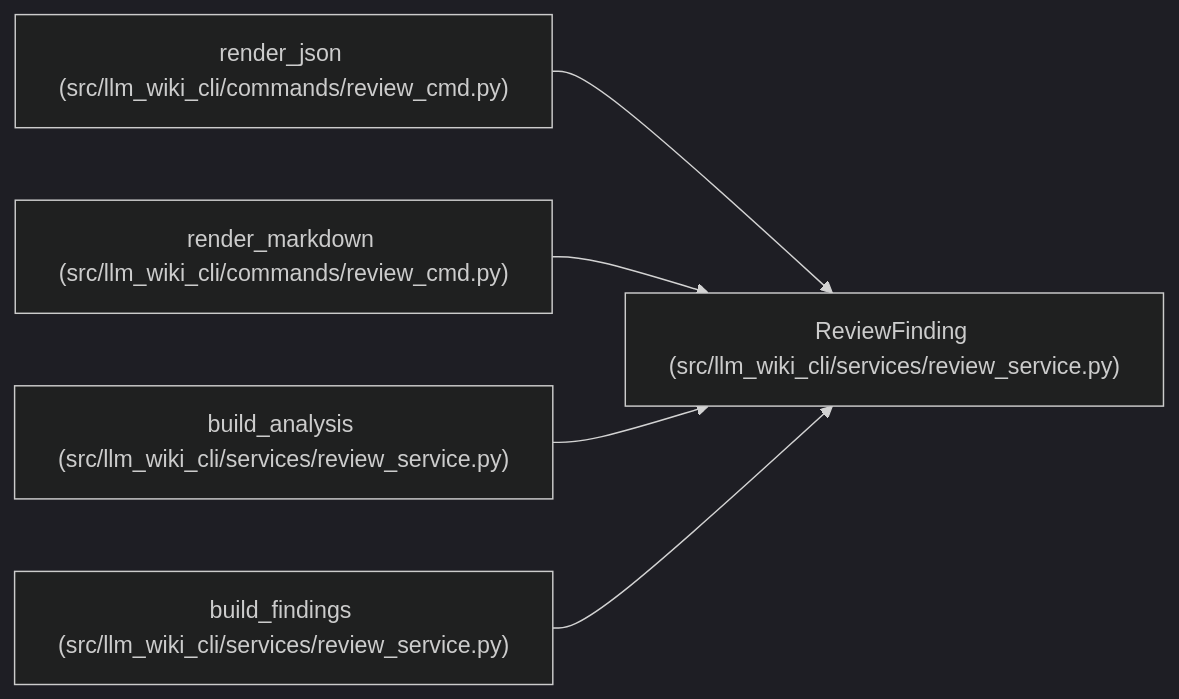
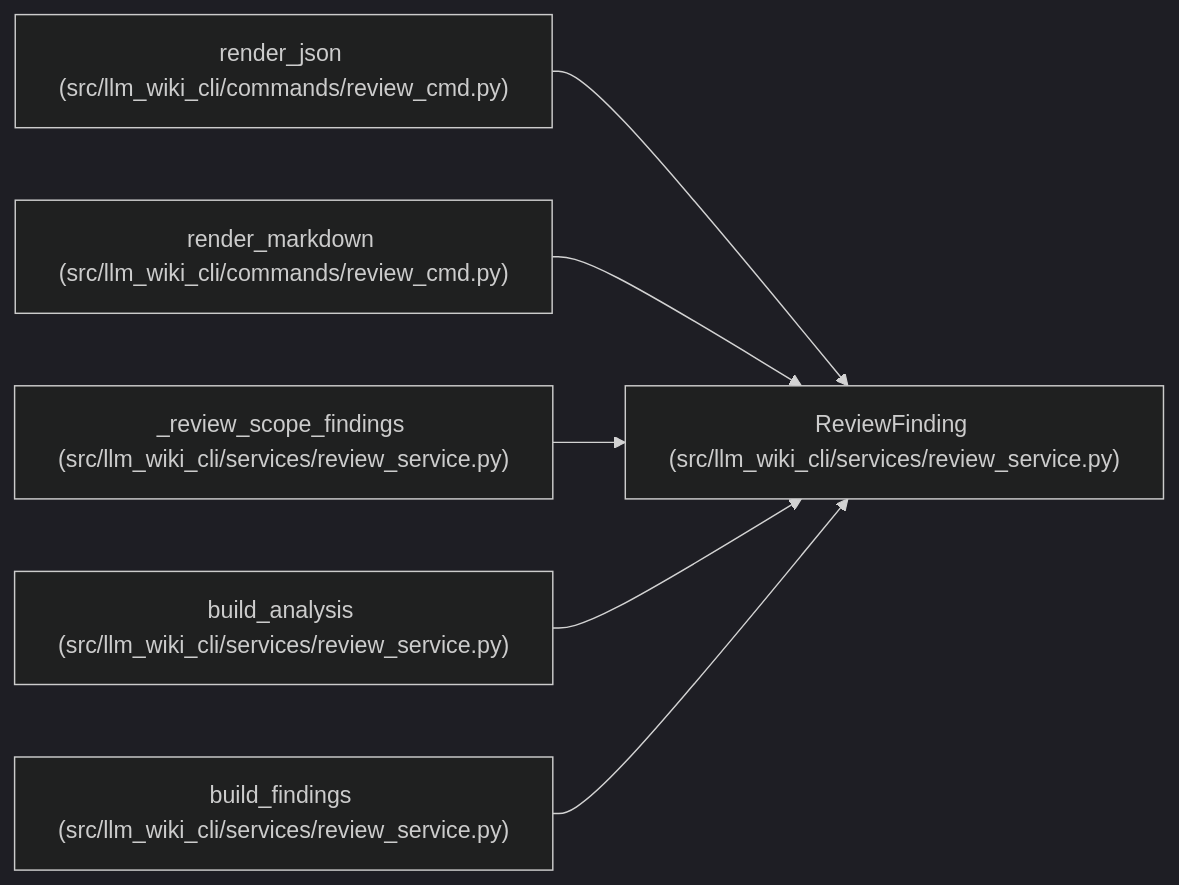
Before and after one commit to Denissvgn/python-wiki-llm: the diagram in docs/llm_wiki/entities/ReviewFinding.md, drawn with Mermaid (dark theme). The commit also changed other lines of this file and 578 other files, not shown here.

````diff
--- a/docs/llm_wiki/entities/ReviewFinding.md
+++ b/docs/llm_wiki/entities/ReviewFinding.md
@@ -31,17 +31,20 @@
 ```mermaid
 flowchart LR
     n0["ReviewFinding (src/llm_wiki_cli/services/review_service.py)"]
     n1["render_json (src/llm_wiki_cli/commands/review_cmd.py)"]
     n2["render_markdown (src/llm_wiki_cli/commands/review_cmd.py)"]
-    n3["build_analysis (src/llm_wiki_cli/services/review_service.py)"]
-    n4["build_findings (src/llm_wiki_cli/services/review_service.py)"]
+    n3["_review_scope_findings (src/llm_wiki_cli/services/review_service.py)"]
+    n4["build_analysis (src/llm_wiki_cli/services/review_service.py)"]
+    n5["build_findings (src/llm_wiki_cli/services/review_service.py)"]
     n1 --> n0
     n2 --> n0
     n3 --> n0
     n4 --> n0
+    n5 --> n0
     click n0 "../modules/review_service.md"
     click n1 "../modules/review_cmd.md"
     click n2 "../modules/review_cmd.md"
     click n3 "../modules/review_service.md"
     click n4 "../modules/review_service.md"
+    click n5 "../modules/review_service.md"
 ```
````
